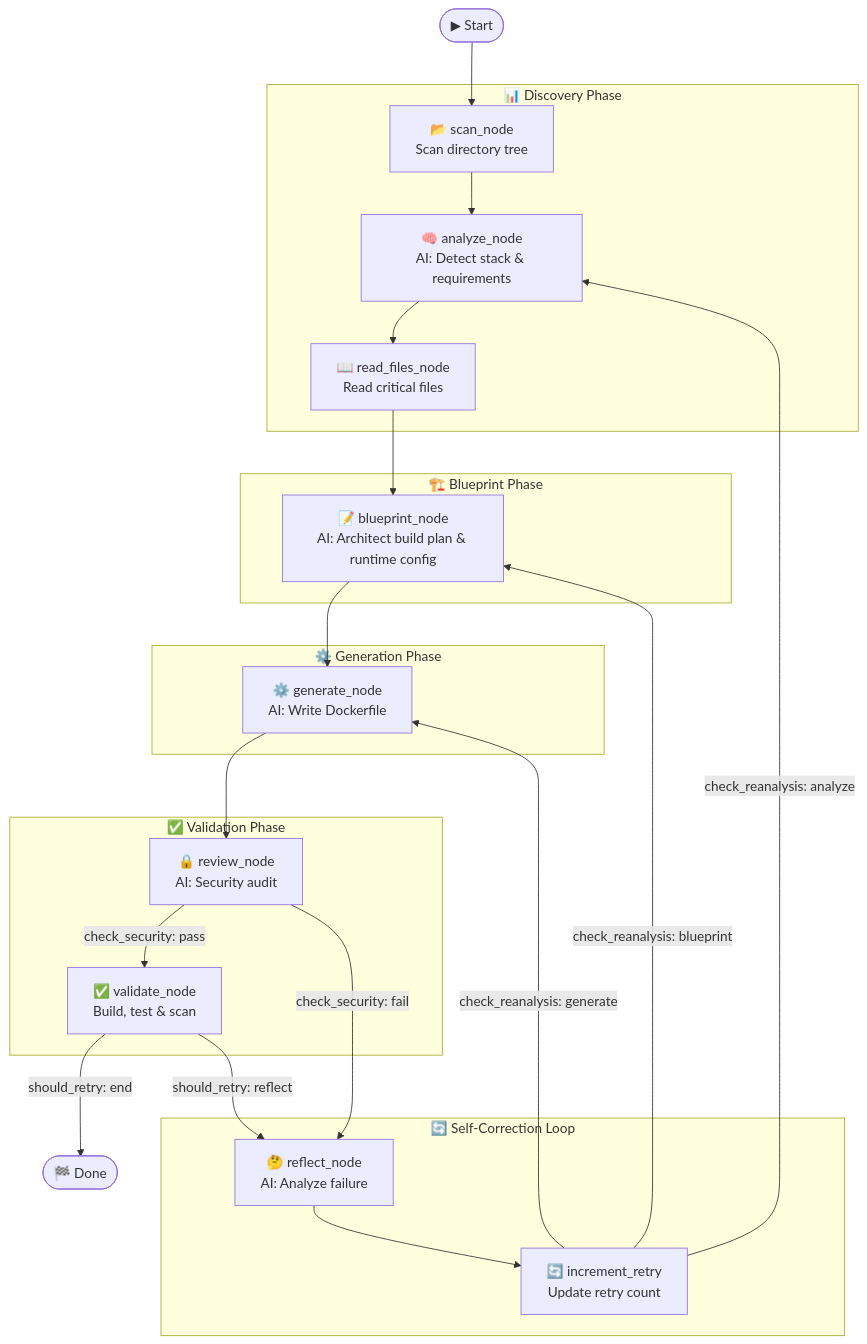
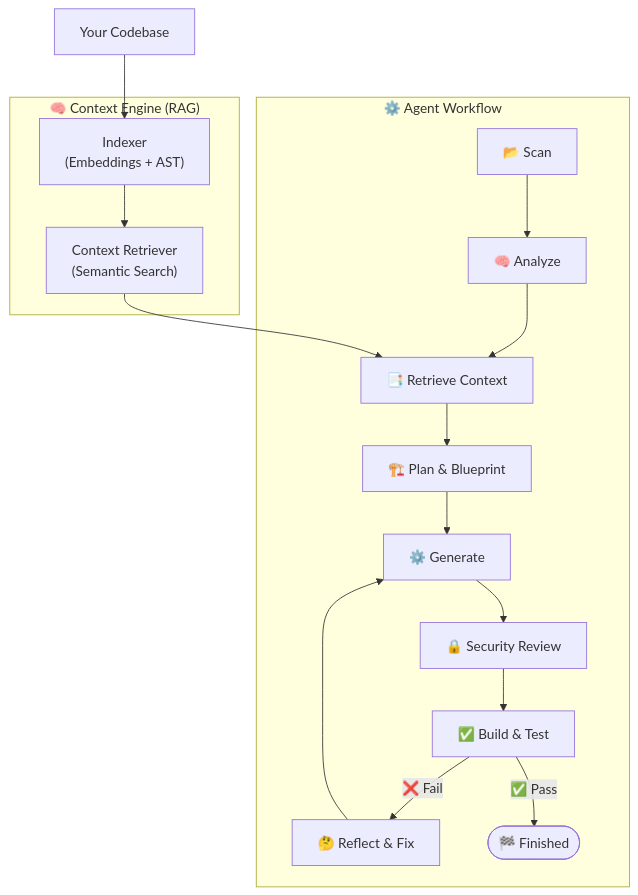
Before and after one commit to actions-marketplace-validations/itzzjb_dockai: the diagram in README.md, drawn with Mermaid. The commit also changed other lines of this file and 5 other files, not shown here.

Commit message:
feat: Introduce v4.0 architecture with a RAG-based Context Engine for enhanced code understanding.

````diff
--- a/README.md
+++ b/README.md
@@ -192,41 +105,23 @@
 ```mermaid
 flowchart TB
-    subgraph Discovery["📊 Discovery Phase"]
-        scan["📂 scan_node<br/>Scan directory tree"]
-        analyze["🧠 analyze_node<br/>AI: Detect stack & requirements"]
-        read["📖 read_files_node<br/>Read critical files"]
+    subgraph ContextEngine["🧠 Context Engine (RAG)"]
+        index["Indexer<br/>(Embeddings + AST)"]
+        retrieve["Context Retriever<br/>(Semantic Search)"]
     end
-    
-    subgraph Blueprint["🏗️ Blueprint Phase"]
-        blueprint["📝 blueprint_node<br/>AI: Architect build plan & runtime config"]
+
+    subgraph Workflow["⚙️ Agent Workflow"]
+        scan["📂 Scan"] --> analyze["🧠 Analyze"]
+        analyze --> compile_ctx["📑 Retrieve Context"]
+        compile_ctx --> blueprint["🏗️ Plan & Blueprint"]
+        blueprint --> generate["⚙️ Generate"]
+        generate --> review["🔒 Security Review"]
+        review --> validate["✅ Build & Test"]
+        
+        validate -->|"❌ Fail"| reflect["🤔 Reflect & Fix"]
+        reflect --> generate
+        validate -->|"✅ Pass"| Done([🏁 Finished])
     end
-    
-    subgraph Generation["⚙️ Generation Phase"]
-        generate["⚙️ generate_node<br/>AI: Write Dockerfile"]
-    end
-    
-    subgraph Validation["✅ Validation Phase"]
-        review["🔒 review_node<br/>AI: Security audit"]
-        validate["✅ validate_node<br/>Build, test & scan"]
-    end
-    
-    subgraph Feedback["🔄 Self-Correction Loop"]
-        reflect["🤔 reflect_node<br/>AI: Analyze failure"]
-        increment["🔄 increment_retry<br/>Update retry count"]
-    end
-    
-    Start([▶ Start]) --> scan
-    scan --> analyze --> read --> blueprint
-    blueprint --> generate --> review
-    
-    review -->|"check_security: pass"| validate
-    review -->|"check_security: fail"| reflect
-    
-    validate -->|"should_retry: end"| End([🏁 Done])
-    validate -->|"should_retry: reflect"| reflect
-    
-    reflect --> increment
-    increment -->|"check_reanalysis: generate"| generate
-    increment -->|"check_reanalysis: blueprint"| blueprint
-    increment -->|"check_reanalysis: analyze"| analyze
+
+    file_system["Your Codebase"] --> index
+    index --> retrieve --> compile_ctx
 ```
````
